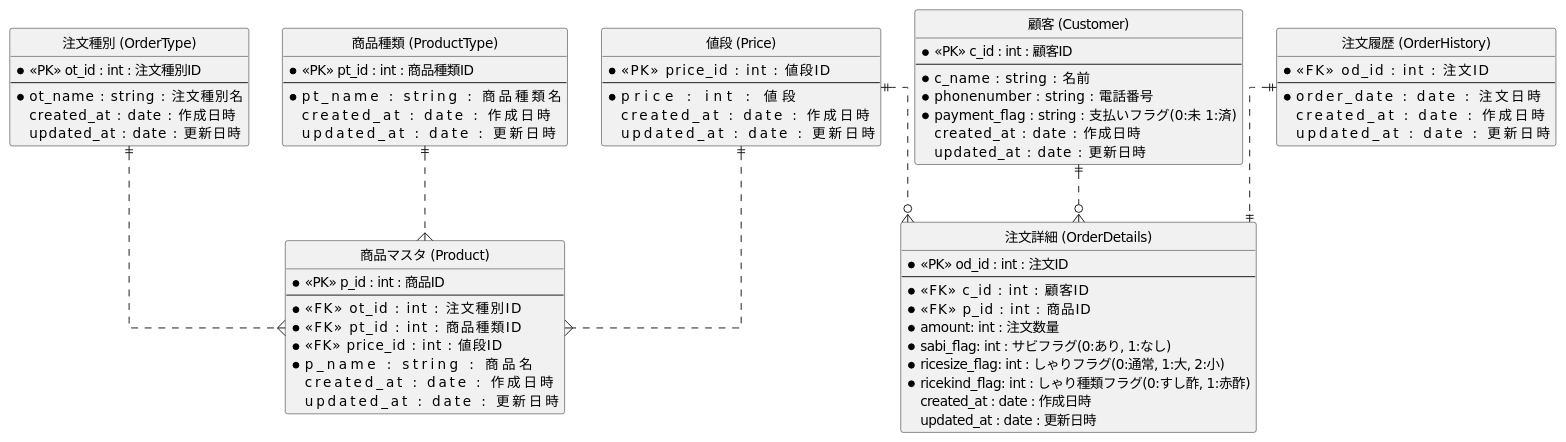
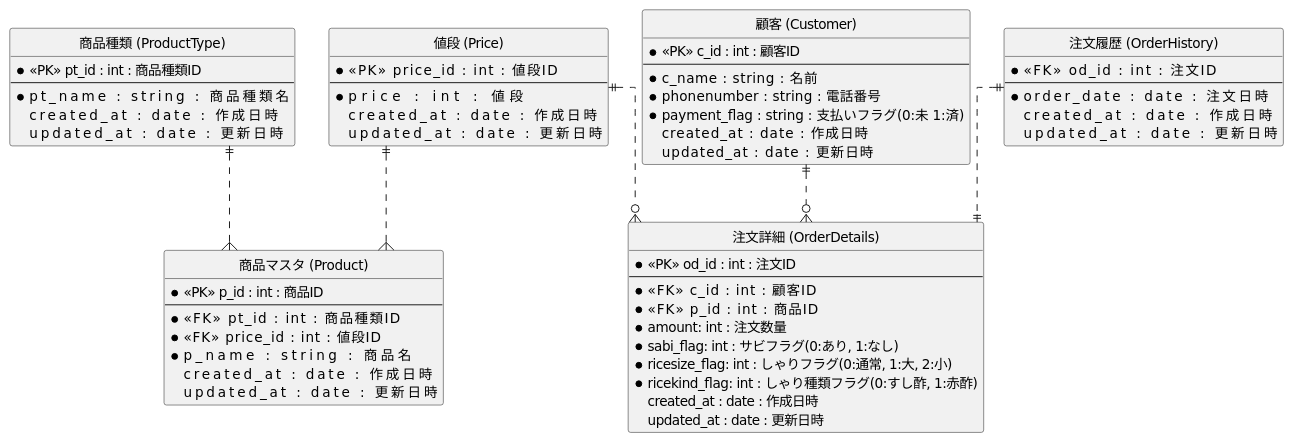
One commit to SatakeYusuke19920527/PrAhaChallenge changed the diagram in 01.データベース設計/DBモデリング1/ER/ERdiagram.pu. Above: the diagram before and after it, drawn with PlantUML. The commit also changed 9 other files, not shown here.

```diff
--- a/01.データベース設計/DBモデリング1/ER/ERdiagram.pu
+++ b/01.データベース設計/DBモデリング1/ER/ERdiagram.pu
@@ -1,78 +1,68 @@
 @startuml sushi
  hide circle
  skinparam linetype ortho
-
- entity "注文種別 (OrderType)" as OrderType {
-     * <<PK>> ot_id : int : 注文種別ID
-     --
-     * ot_name       : string    : 注文種別名
-     created_at      : date      : 作成日時
-     updated_at      : date      : 更新日時
- }
  
  entity "商品マスタ (Product)" as Product {
      * <<PK>> p_id : int : 商品ID
      --
-     * <<FK>> ot_id              : int : 注文種別ID
      * <<FK>> pt_id              : int : 商品種類ID
      * <<FK>> price_id           : int : 値段ID
      * p_name                    : string    : 商品名
      created_at                  : date      : 作成日時
      updated_at                  : date      : 更新日時
  }
 
  entity "商品種類 (ProductType)" as ProductType {
      * <<PK>> pt_id : int : 商品種類ID
      --
      * pt_name                    : string    : 商品種類名
      created_at                  : date      : 作成日時
      updated_at                  : date      : 更新日時
  }
 
   entity "値段 (Price)" as Price {
      * <<PK>> price_id              : int : 値段ID
      --
      * price                    : int    : 値段
      created_at                  : date      : 作成日時
      updated_at                  : date      : 更新日時
  }
 
  entity "顧客 (Customer)" as Customer {
      * <<PK>> c_id : int : 顧客ID
      --
      * c_name    : string    : 名前
      * phonenumber  : string    : 電話番号
      * payment_flag  : string    : 支払いフラグ(0:未 1:済)
      created_at      : date      : 作成日時
      updated_at      : date      : 更新日時
  }
 
  entity "注文詳細 (OrderDetails)" as OrderDetails {
      * <<PK>> od_id : int : 注文ID
      --
      * <<FK>> c_id          : int : 顧客ID
      * <<FK>> p_id          : int : 商品ID
      * amount: int : 注文数量 
      * sabi_flag: int : サビフラグ(0:あり, 1:なし)
      * ricesize_flag: int : しゃりフラグ(0:通常, 1:大, 2:小)
      * ricekind_flag: int : しゃり種類フラグ(0:すし酢, 1:赤酢)
      created_at : date : 作成日時
      updated_at : date : 更新日時
  }
 
 entity "注文履歴 (OrderHistory)" as OrderHistory {
      * <<FK>> od_id              : int : 注文ID
      --
      * order_date                : date      : 注文日時
      created_at                  : date      : 作成日時
      updated_at                  : date      : 更新日時
  }
 
- OrderType ||..{ Product
  ProductType ||..{ Product
  Price ||..{ Product
  Customer ||..o{ OrderDetails
  Price ||..o{ OrderDetails
  OrderHistory ||..|| OrderDetails
 
  @enduml
```
